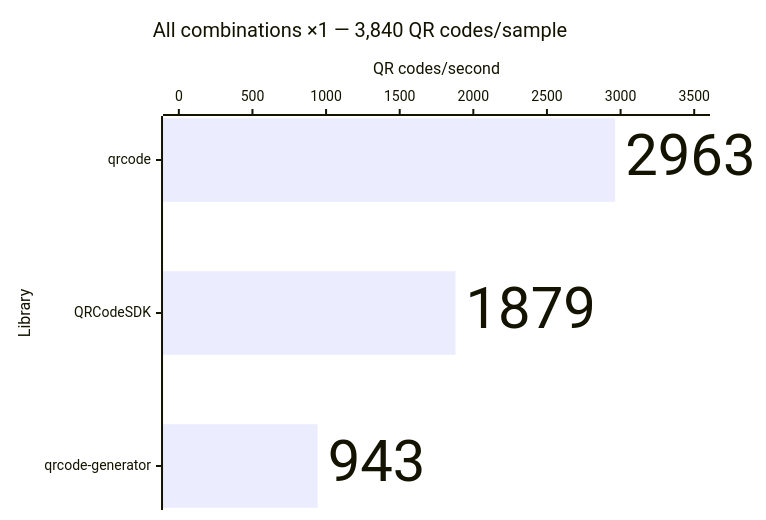
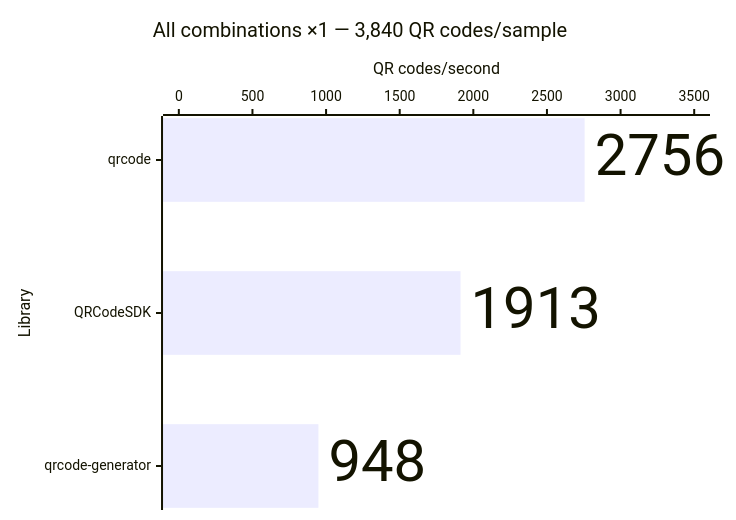
One commit to Dafnik/qrcodesdk changed diagram 11 of 14 in apps/docs/src/content/docs/learn/performance.md. Above: the diagram before and after it, drawn with Mermaid. The commit also changed other lines of this file, not shown here.

````diff
--- a/apps/docs/src/content/docs/learn/performance.md
+++ b/apps/docs/src/content/docs/learn/performance.md
@@ -230,15 +230,15 @@
 ```mermaid
 ---
 config:
   xyChart:
     showDataLabel: true
     showDataLabelOutsideBar: true
 ---
 xychart horizontal
   accTitle: SVG generation: All combinations ×1 — 3,840 QR codes/sample
-  accDescr: Throughput calculated from median time. qrcode 2,963 QR codes per second, QRCodeSDK 1,879 QR codes per second, qrcode-generator 943 QR codes per second. Higher is better.
+  accDescr: Throughput calculated from median time. qrcode 2,756 QR codes per second, QRCodeSDK 1,913 QR codes per second, qrcode-generator 948 QR codes per second. Higher is better.
   title "All combinations ×1 — 3,840 QR codes/sample"
   x-axis "Library" ["qrcode", "QRCodeSDK", "qrcode-generator"]
   y-axis "QR codes/second" 0 --> 3500
-  bar [2963, 1879, 943]
+  bar [2756, 1913, 948]
 ```
````
